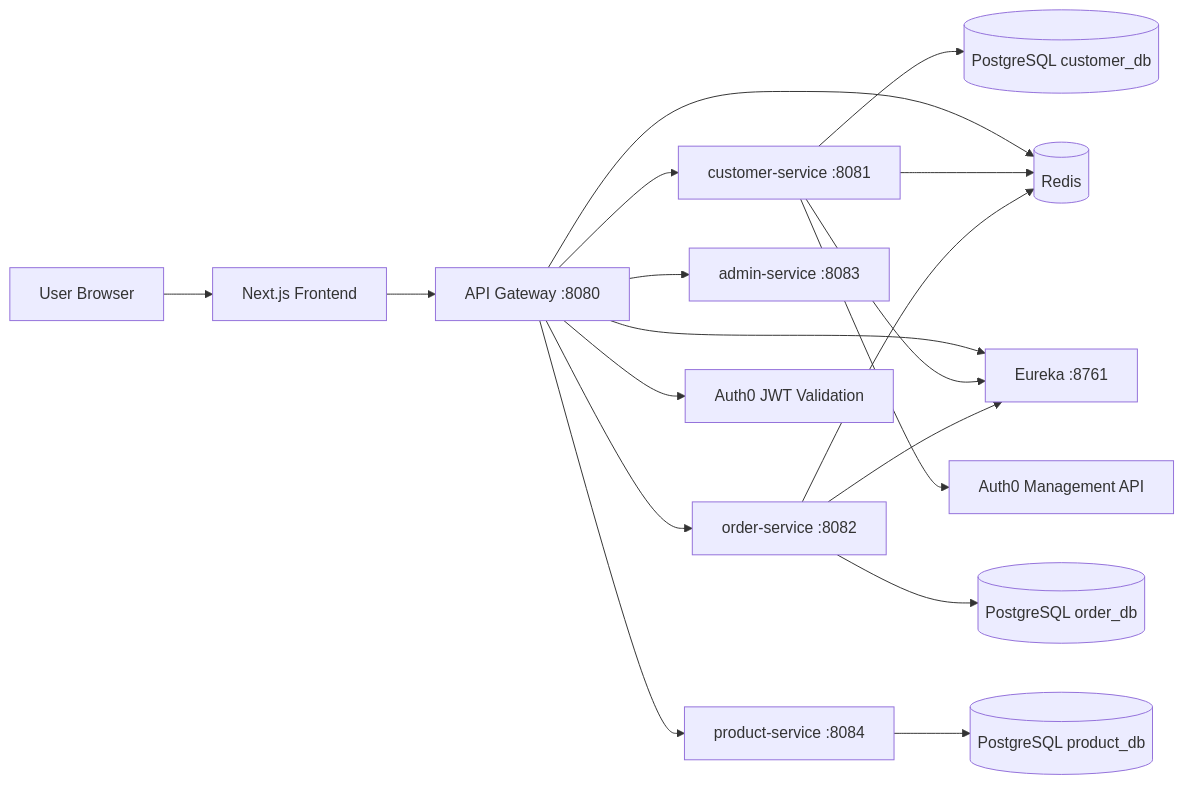
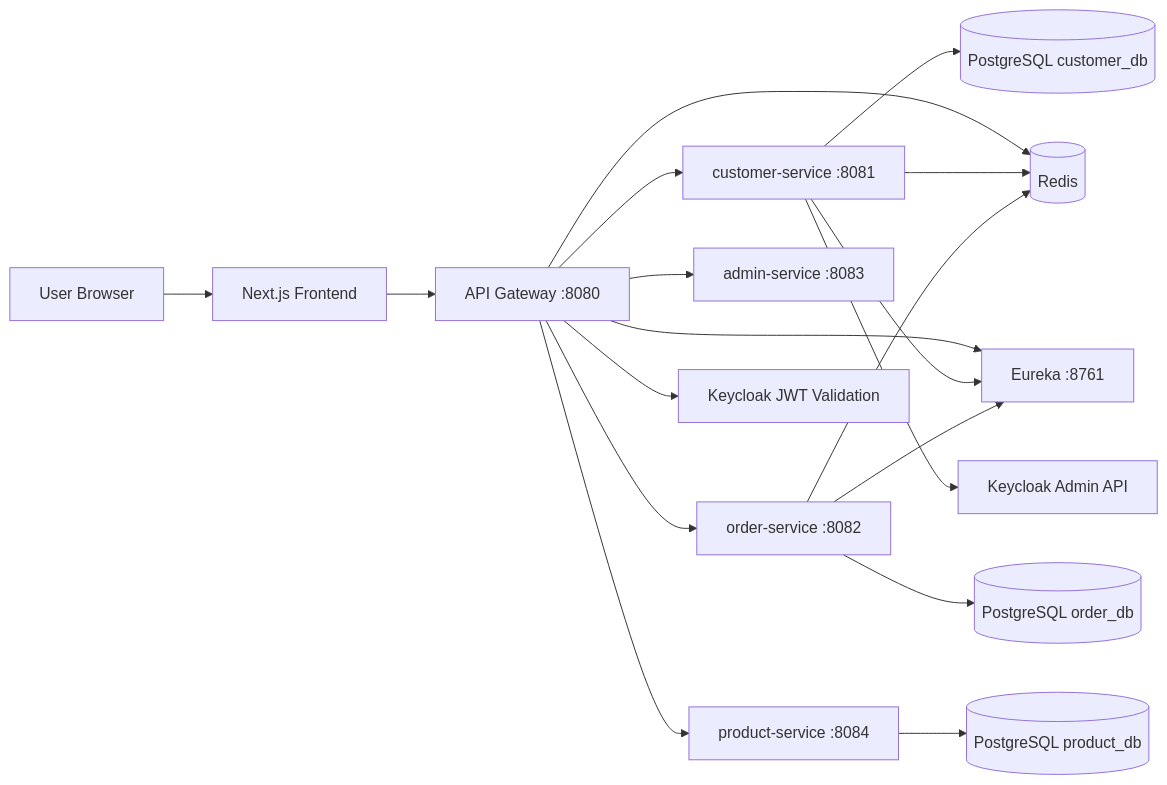
The first of 2 diagrams in README.md (rumalg123/SpringBoot-Microservice), drawn with Mermaid before and after one commit. The commit also changed other lines of this file and 30 other files, not shown here.

````diff
--- a/README.md
+++ b/README.md
@@ -7,20 +7,20 @@
 ```mermaid
 flowchart LR
     U[User Browser] --> F[Next.js Frontend]
     F --> G[API Gateway :8080]
     G --> C[customer-service :8081]
     G --> O[order-service :8082]
     G --> AD[admin-service :8083]
     G --> PR[product-service :8084]
     C --> P1[(PostgreSQL customer_db)]
     O --> P2[(PostgreSQL order_db)]
     PR --> P3[(PostgreSQL product_db)]
     G --> R[(Redis)]
     C --> R
     O --> R
     G --> E[Eureka :8761]
     C --> E
     O --> E
-    G --> A[Auth0 JWT Validation]
-    C --> A2[Auth0 Management API]
+    G --> A[Keycloak JWT Validation]
+    C --> A2[Keycloak Admin API]
 ```
````
